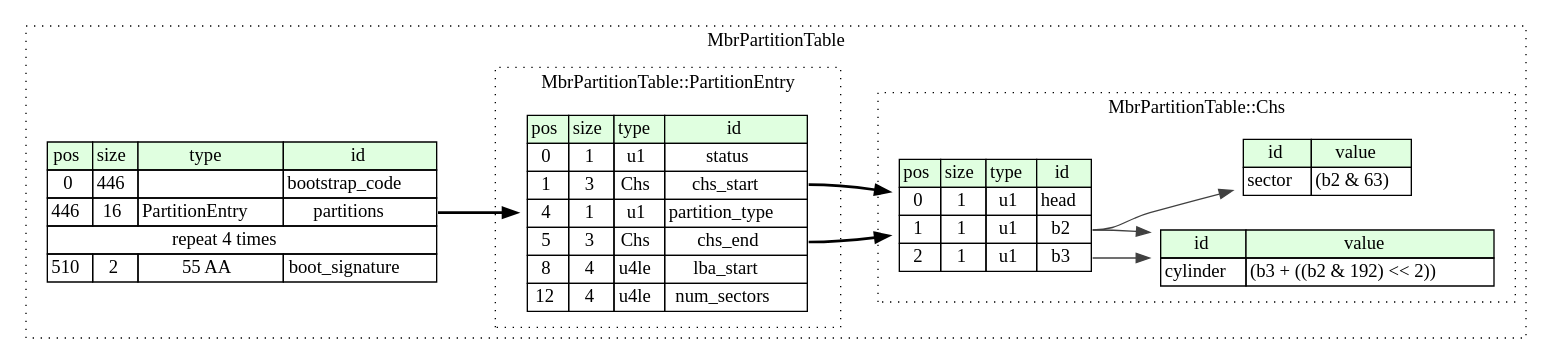
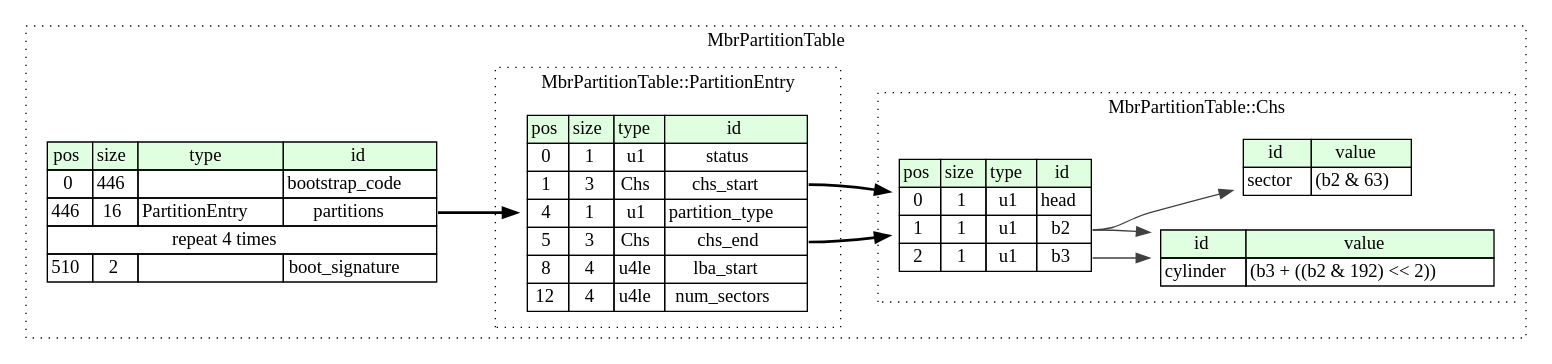
Before and after one commit to kaitai-io/formats-kaitai-io.github.io: the diagram in mbr_partition_table/src/graphviz/mbr_partition_table.dot, drawn with Graphviz. The commit also changed 3155 other files, not shown here.

```diff
--- a/mbr_partition_table/src/graphviz/mbr_partition_table.dot
+++ b/mbr_partition_table/src/graphviz/mbr_partition_table.dot
@@ -1,55 +1,55 @@
 digraph {
 	rankdir=LR;
 	node [shape=plaintext];
 	subgraph cluster__mbr_partition_table {
 		label="MbrPartitionTable";
 		graph[style=dotted];
 
 		mbr_partition_table__seq [label=<<TABLE BORDER="0" CELLBORDER="1" CELLSPACING="0">
 			<TR><TD BGCOLOR="#E0FFE0">pos</TD><TD BGCOLOR="#E0FFE0">size</TD><TD BGCOLOR="#E0FFE0">type</TD><TD BGCOLOR="#E0FFE0">id</TD></TR>
 			<TR><TD PORT="bootstrap_code_pos">0</TD><TD PORT="bootstrap_code_size">446</TD><TD></TD><TD PORT="bootstrap_code_type">bootstrap_code</TD></TR>
 			<TR><TD PORT="partitions_pos">446</TD><TD PORT="partitions_size">16</TD><TD>PartitionEntry</TD><TD PORT="partitions_type">partitions</TD></TR>
 			<TR><TD COLSPAN="4" PORT="partitions__repeat">repeat 4 times</TD></TR>
-			<TR><TD PORT="boot_signature_pos">510</TD><TD PORT="boot_signature_size">2</TD><TD>55 AA</TD><TD PORT="boot_signature_type">boot_signature</TD></TR>
+			<TR><TD PORT="boot_signature_pos">510</TD><TD PORT="boot_signature_size">2</TD><TD></TD><TD PORT="boot_signature_type">boot_signature</TD></TR>
 		</TABLE>>];
 		subgraph cluster__partition_entry {
 			label="MbrPartitionTable::PartitionEntry";
 			graph[style=dotted];
 
 			partition_entry__seq [label=<<TABLE BORDER="0" CELLBORDER="1" CELLSPACING="0">
 				<TR><TD BGCOLOR="#E0FFE0">pos</TD><TD BGCOLOR="#E0FFE0">size</TD><TD BGCOLOR="#E0FFE0">type</TD><TD BGCOLOR="#E0FFE0">id</TD></TR>
 				<TR><TD PORT="status_pos">0</TD><TD PORT="status_size">1</TD><TD>u1</TD><TD PORT="status_type">status</TD></TR>
 				<TR><TD PORT="chs_start_pos">1</TD><TD PORT="chs_start_size">3</TD><TD>Chs</TD><TD PORT="chs_start_type">chs_start</TD></TR>
 				<TR><TD PORT="partition_type_pos">4</TD><TD PORT="partition_type_size">1</TD><TD>u1</TD><TD PORT="partition_type_type">partition_type</TD></TR>
 				<TR><TD PORT="chs_end_pos">5</TD><TD PORT="chs_end_size">3</TD><TD>Chs</TD><TD PORT="chs_end_type">chs_end</TD></TR>
 				<TR><TD PORT="lba_start_pos">8</TD><TD PORT="lba_start_size">4</TD><TD>u4le</TD><TD PORT="lba_start_type">lba_start</TD></TR>
 				<TR><TD PORT="num_sectors_pos">12</TD><TD PORT="num_sectors_size">4</TD><TD>u4le</TD><TD PORT="num_sectors_type">num_sectors</TD></TR>
 			</TABLE>>];
 		}
 		subgraph cluster__chs {
 			label="MbrPartitionTable::Chs";
 			graph[style=dotted];
 
 			chs__seq [label=<<TABLE BORDER="0" CELLBORDER="1" CELLSPACING="0">
 				<TR><TD BGCOLOR="#E0FFE0">pos</TD><TD BGCOLOR="#E0FFE0">size</TD><TD BGCOLOR="#E0FFE0">type</TD><TD BGCOLOR="#E0FFE0">id</TD></TR>
 				<TR><TD PORT="head_pos">0</TD><TD PORT="head_size">1</TD><TD>u1</TD><TD PORT="head_type">head</TD></TR>
 				<TR><TD PORT="b2_pos">1</TD><TD PORT="b2_size">1</TD><TD>u1</TD><TD PORT="b2_type">b2</TD></TR>
 				<TR><TD PORT="b3_pos">2</TD><TD PORT="b3_size">1</TD><TD>u1</TD><TD PORT="b3_type">b3</TD></TR>
 			</TABLE>>];
 			chs__inst__sector [label=<<TABLE BORDER="0" CELLBORDER="1" CELLSPACING="0">
 				<TR><TD BGCOLOR="#E0FFE0">id</TD><TD BGCOLOR="#E0FFE0">value</TD></TR>
 				<TR><TD>sector</TD><TD>(b2 &amp; 63)</TD></TR>
 			</TABLE>>];
 			chs__inst__cylinder [label=<<TABLE BORDER="0" CELLBORDER="1" CELLSPACING="0">
 				<TR><TD BGCOLOR="#E0FFE0">id</TD><TD BGCOLOR="#E0FFE0">value</TD></TR>
 				<TR><TD>cylinder</TD><TD>(b3 + ((b2 &amp; 192) &lt;&lt; 2))</TD></TR>
 			</TABLE>>];
 		}
 	}
 	mbr_partition_table__seq:partitions_type -> partition_entry__seq [style=bold];
 	partition_entry__seq:chs_start_type -> chs__seq [style=bold];
 	partition_entry__seq:chs_end_type -> chs__seq [style=bold];
 	chs__seq:b2_type -> chs__inst__sector [color="#404040"];
 	chs__seq:b3_type -> chs__inst__cylinder [color="#404040"];
 	chs__seq:b2_type -> chs__inst__cylinder [color="#404040"];
 }
```
